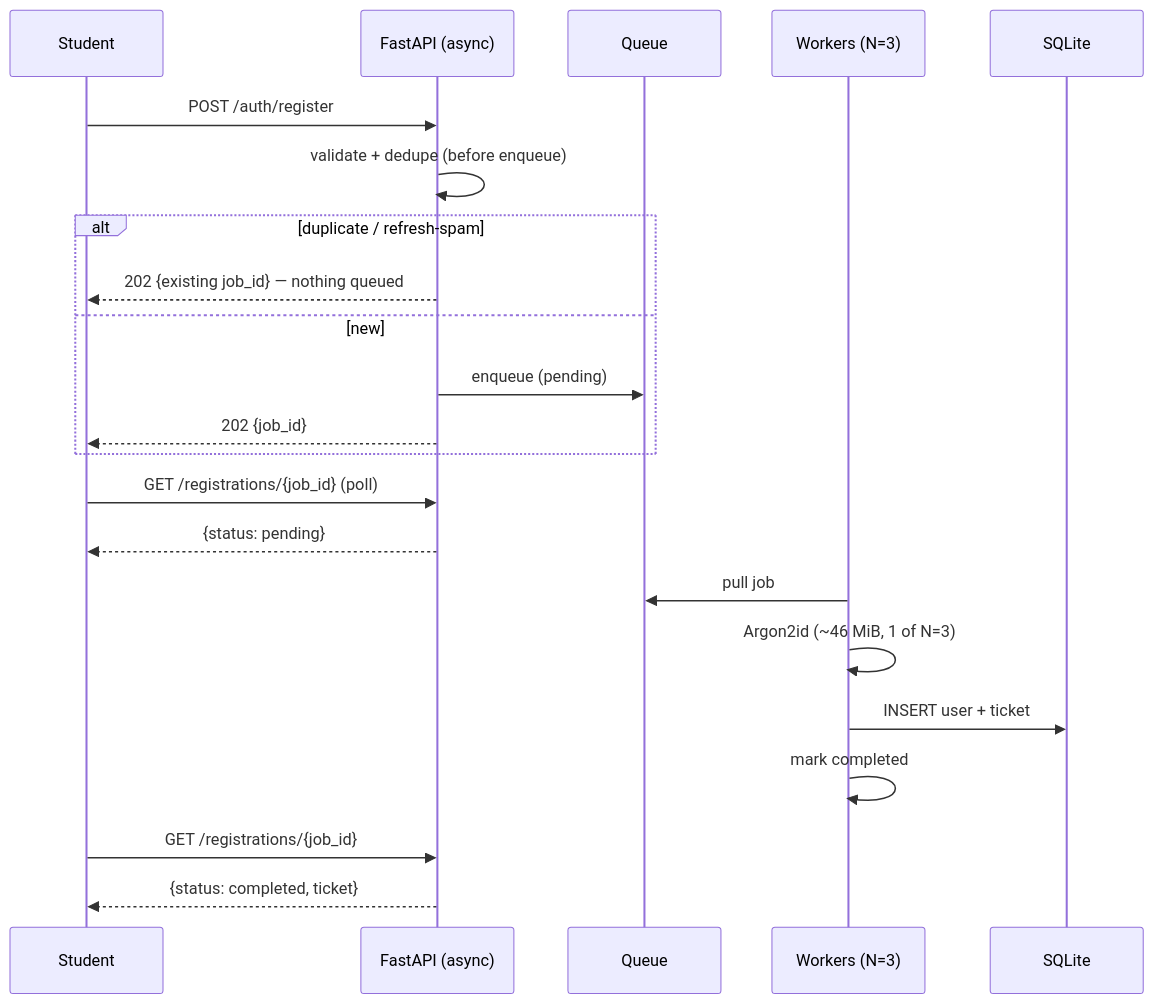
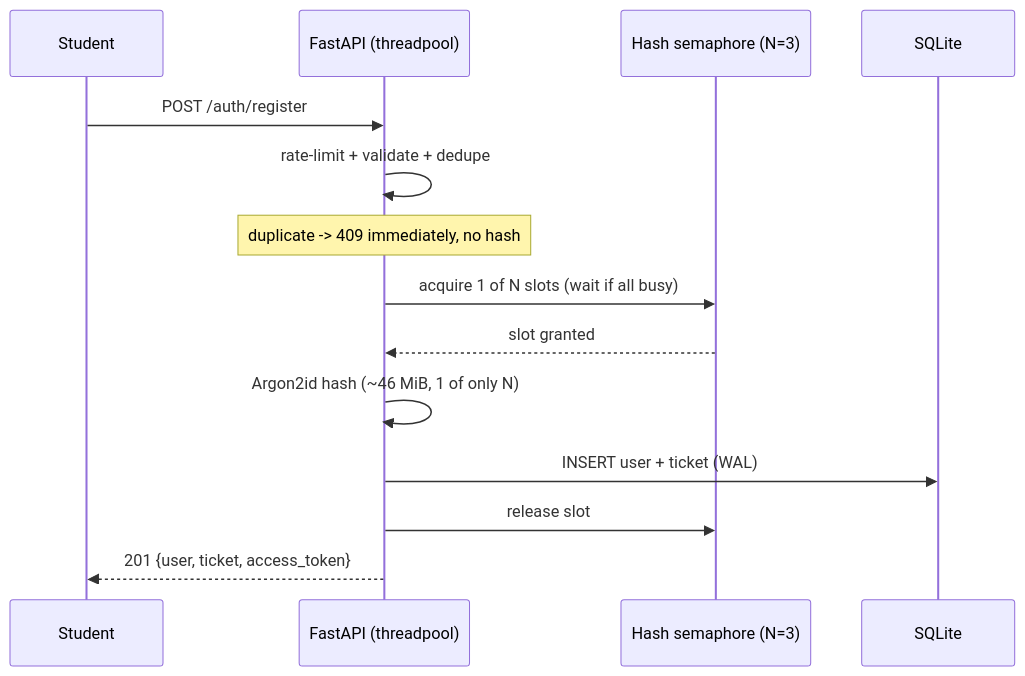
The second of 2 diagrams in SCALE.md (TheClazer/techfest-registration-backend), drawn with Mermaid before and after one commit. The commit also changed other lines of this file and 1 other file, not shown here.

````diff
--- a/SCALE.md
+++ b/SCALE.md
@@ -99,25 +93,17 @@
 ```mermaid
 sequenceDiagram
     participant S as Student
-    participant API as FastAPI (async)
-    participant Q as Queue
-    participant W as Workers (N=3)
+    participant API as FastAPI (threadpool)
+    participant Sem as Hash semaphore (N=3)
     participant DB as SQLite
 
     S->>API: POST /auth/register
-    API->>API: validate + dedupe (before enqueue)
-    alt duplicate / refresh-spam
-        API-->>S: 202 {existing job_id} — nothing queued
-    else new
-        API->>Q: enqueue (pending)
-        API-->>S: 202 {job_id}
-    end
-    S->>API: GET /registrations/{job_id} (poll)
-    API-->>S: {status: pending}
-    W->>Q: pull job
-    W->>W: Argon2id (~46 MiB, 1 of N=3)
-    W->>DB: INSERT user + ticket
-    W->>W: mark completed
-    S->>API: GET /registrations/{job_id}
-    API-->>S: {status: completed, ticket}
+    API->>API: rate-limit + validate + dedupe
+    note over API: duplicate -> 409 immediately, no hash
+    API->>Sem: acquire 1 of N slots (wait if all busy)
+    Sem-->>API: slot granted
+    API->>API: Argon2id hash (~46 MiB, 1 of only N)
+    API->>DB: INSERT user + ticket (WAL)
+    API->>Sem: release slot
+    API-->>S: 201 {user, ticket, access_token}
 ```
````
